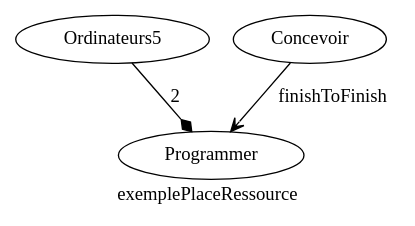
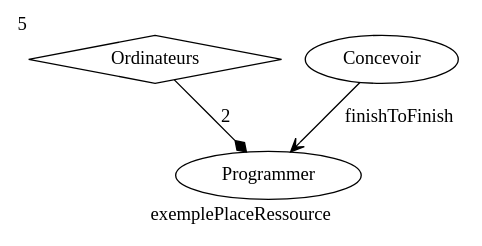
One commit to louis-thevenet/n7-mini-projet-IDM changed the diagram in src/simplepdlToDot/output/exemplePlaceRessource.dot. Above: the diagram before and after it, drawn with Graphviz. The commit also changed 6 other files, not shown here.

```diff
--- a/src/simplepdlToDot/output/exemplePlaceRessource.dot
+++ b/src/simplepdlToDot/output/exemplePlaceRessource.dot
@@ -1,13 +1,15 @@
 
 digraph exemplePlaceRessource {
 label=exemplePlaceRessource
 
-  
-				Ordinateurs5 -> Programmer [arrowhead=diamond label=2]
 
-				Concevoir -> Programmer [arrowhead=vee label=finishToFinish]
+Ordinateurs [shape=diamond] [xlabel=5];
+
+				Ordinateurs -> Programmer [arrowhead=diamond label=2];
+
+				Concevoir -> Programmer [arrowhead=vee label=finishToFinish];
 
 	  
 
 
 }
```
